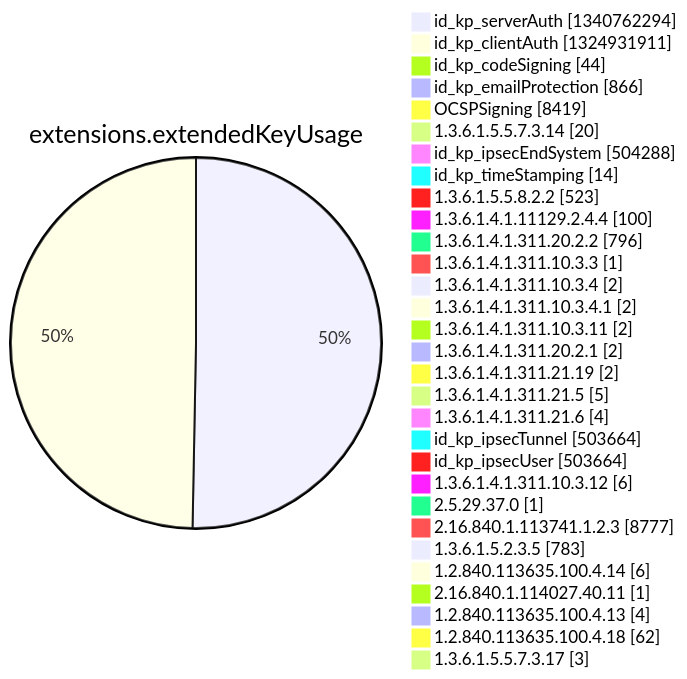
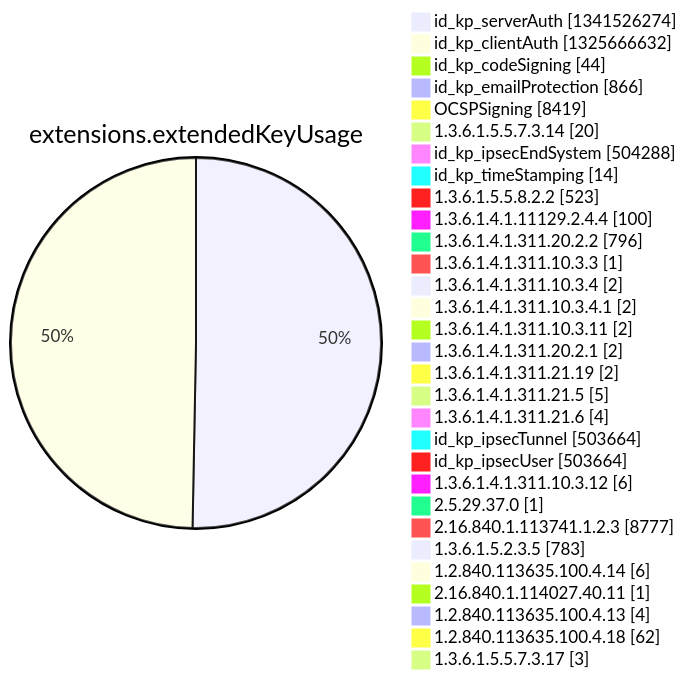
Before and after one commit to christiankrug/ctmonitor_visualization: diagram 12 of 15 in argon2022/README.md, drawn with Mermaid. The commit also changed other lines of this file, not shown here.

````diff
--- a/argon2022/README.md
+++ b/argon2022/README.md
@@ -3553,34 +3553,34 @@
 ```mermaid
 pie showData
 title extensions.extendedKeyUsage
-"id_kp_serverAuth" :1340762294
-"id_kp_clientAuth" :1324931911
+"id_kp_serverAuth" :1341526274
+"id_kp_clientAuth" :1325666632
 "id_kp_codeSigning" :44
 "id_kp_emailProtection" :866
 "OCSPSigning" :8419
 "1.3.6.1.5.5.7.3.14" :20
 "id_kp_ipsecEndSystem" :504288
 "id_kp_timeStamping" :14
 "1.3.6.1.5.5.8.2.2" :523
 "1.3.6.1.4.1.11129.2.4.4" :100
 "1.3.6.1.4.1.311.20.2.2" :796
 "1.3.6.1.4.1.311.10.3.3" :1
 "1.3.6.1.4.1.311.10.3.4" :2
 "1.3.6.1.4.1.311.10.3.4.1" :2
 "1.3.6.1.4.1.311.10.3.11" :2
 "1.3.6.1.4.1.311.20.2.1" :2
 "1.3.6.1.4.1.311.21.19" :2
 "1.3.6.1.4.1.311.21.5" :5
 "1.3.6.1.4.1.311.21.6" :4
 "id_kp_ipsecTunnel" :503664
 "id_kp_ipsecUser" :503664
 "1.3.6.1.4.1.311.10.3.12" :6
 "2.5.29.37.0" :1
 "2.16.840.1.113741.1.2.3" :8777
 "1.3.6.1.5.2.3.5" :783
 "1.2.840.113635.100.4.14" :6
 "2.16.840.1.114027.40.11" :1
 "1.2.840.113635.100.4.13" :4
 "1.2.840.113635.100.4.18" :62
 "1.3.6.1.5.5.7.3.17" :3
 ```
````
